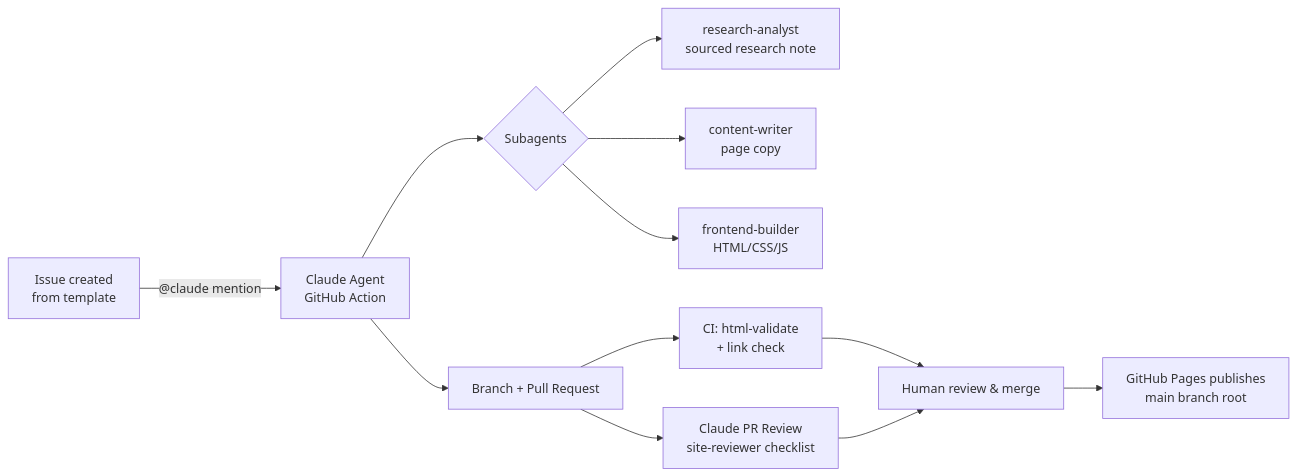
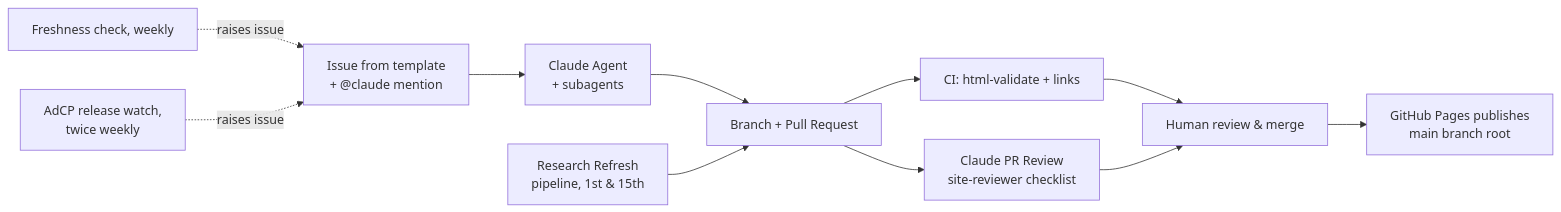
The first of 2 diagrams in docs/WORKFLOW.md (mletznerMUC/AgenticBuying), drawn with Mermaid before and after one commit. The commit also changed other lines of this file and 1 other file, not shown here.

First line of the commit message:
docs: update the workflow graphic and docs for the refresh pipeline

````diff
--- a/docs/WORKFLOW.md
+++ b/docs/WORKFLOW.md
@@ -11,14 +15,13 @@
 ```mermaid
 flowchart LR
-    A[Issue created\nfrom template] -->|"@claude" mention| B[Claude Agent\nGitHub Action]
-    B --> C{Subagents}
-    C --> R[research-analyst\nsourced research note]
-    C --> W[content-writer\npage copy]
-    C --> F[frontend-builder\nHTML/CSS/JS]
+    A[Issue from template\n+ @claude mention] --> B[Claude Agent\n+ subagents]
     B --> D[Branch + Pull Request]
-    D --> E[CI: html-validate\n+ link check]
+    RR[Research Refresh\npipeline, 1st & 15th] --> D
+    D --> E[CI: html-validate + links]
     D --> G[Claude PR Review\nsite-reviewer checklist]
     E --> H[Human review & merge]
     G --> H
-    H --> I[GitHub Pages publishes\nmain branch root]
+    H --> P[GitHub Pages publishes\nmain branch root]
+    FC[Freshness check, weekly] -. raises issue .-> A
+    RW[AdCP release watch,\ntwice weekly] -. raises issue .-> A
 ```
````
